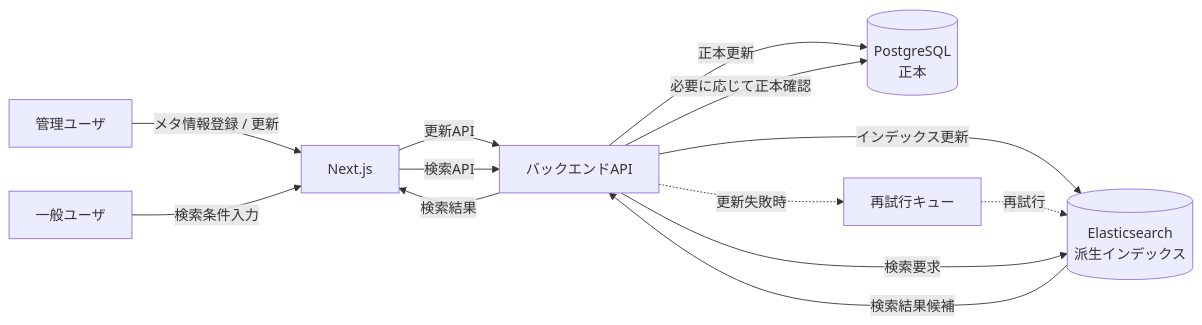
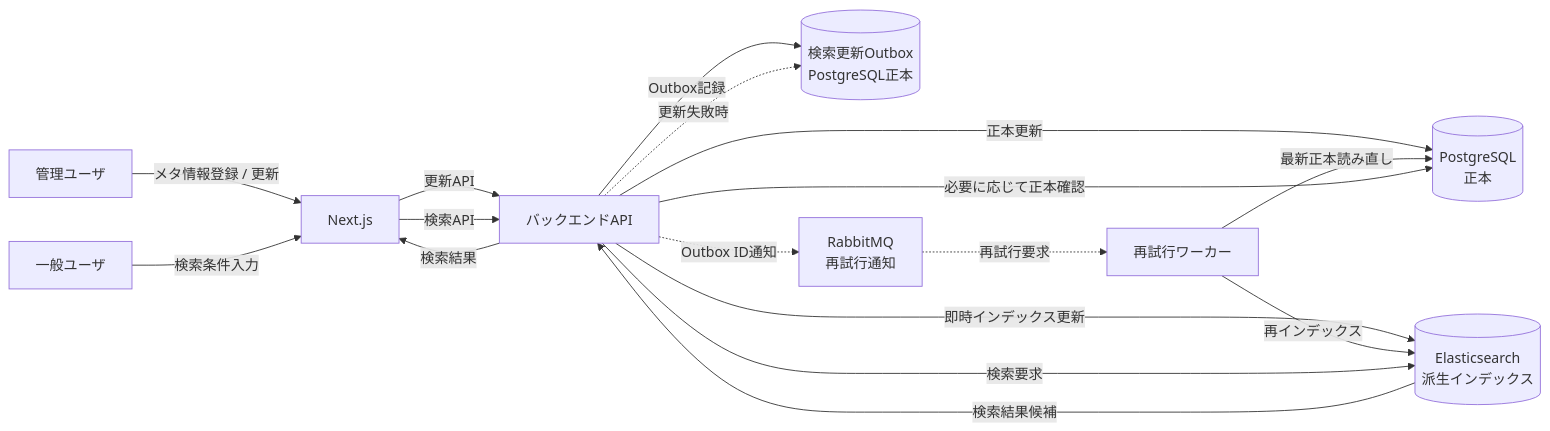
Before and after one commit to dommyttdev/book-viewer: the fourth of 5 diagrams in doc/03_architecture/01_system_overview.md, drawn with Mermaid. The commit also changed other lines of this file and 15 other files, not shown here.

````diff
--- a/doc/03_architecture/01_system_overview.md
+++ b/doc/03_architecture/01_system_overview.md
@@ -263,24 +263,30 @@
 ```mermaid
 flowchart LR
   admin["管理ユーザ"]
   general["一般ユーザ"]
   frontend["Next.js"]
   api["バックエンドAPI"]
   db[("PostgreSQL<br>正本")]
   es[("Elasticsearch<br>派生インデックス")]
-  retry["再試行キュー"]
+  outbox[("検索更新Outbox<br>PostgreSQL正本")]
+  retry["RabbitMQ<br>再試行通知"]
+  retryWorker["再試行ワーカー"]
 
   admin -->|"メタ情報登録 / 更新"| frontend
   frontend -->|"更新API"| api
   api -->|"正本更新"| db
-  api -->|"インデックス更新"| es
-  api -. 更新失敗時 .-> retry
-  retry -. 再試行 .-> es
+  api -->|"Outbox記録"| outbox
+  api -->|"即時インデックス更新"| es
+  api -. 更新失敗時 .-> outbox
+  api -. Outbox ID通知 .-> retry
+  retry -. 再試行要求 .-> retryWorker
+  retryWorker -->|"最新正本読み直し"| db
+  retryWorker -->|"再インデックス"| es
 
   general -->|"検索条件入力"| frontend
   frontend -->|"検索API"| api
   api -->|"検索要求"| es
   es -->|"検索結果候補"| api
   api -->|"必要に応じて正本確認"| db
   api -->|"検索結果"| frontend
 ```
````
